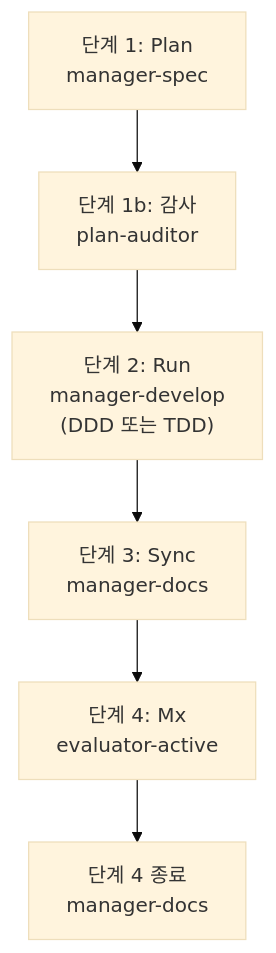
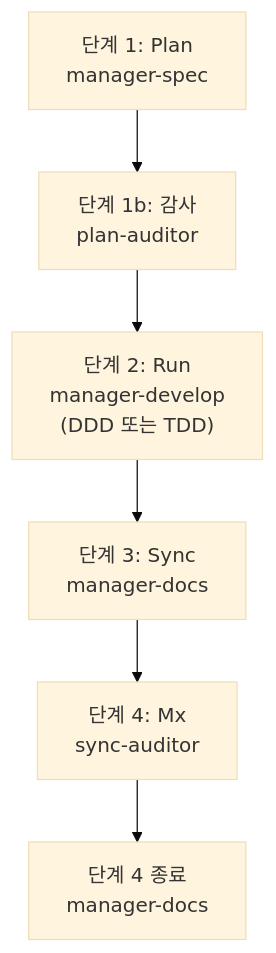
Before and after one commit to modu-ai/moai-adk: the fourth of 4 diagrams in docs-site/content/ko/advanced/agent-guide.md, drawn with Mermaid (base theme). The commit also changed other lines of this file and 149 other files, not shown here.

First line of the commit message:
chore(agents): evaluator-active를 sync-auditor로 rename (plan-auditor phase 대칭)

````diff
--- a/docs-site/content/ko/advanced/agent-guide.md
+++ b/docs-site/content/ko/advanced/agent-guide.md
@@ -284,8 +284,8 @@
 ```mermaid
 flowchart TD
     A["단계 1: Plan<br>manager-spec"] --> B["단계 1b: 감사<br>plan-auditor"]
     B --> C["단계 2: Run<br>manager-develop<br>(DDD 또는 TDD)"]
     C --> D["단계 3: Sync<br>manager-docs"]
-    D --> E["단계 4: Mx<br>evaluator-active"]
+    D --> E["단계 4: Mx<br>sync-auditor"]
     E --> F["단계 4 종료<br>manager-docs"]
 ```
````
